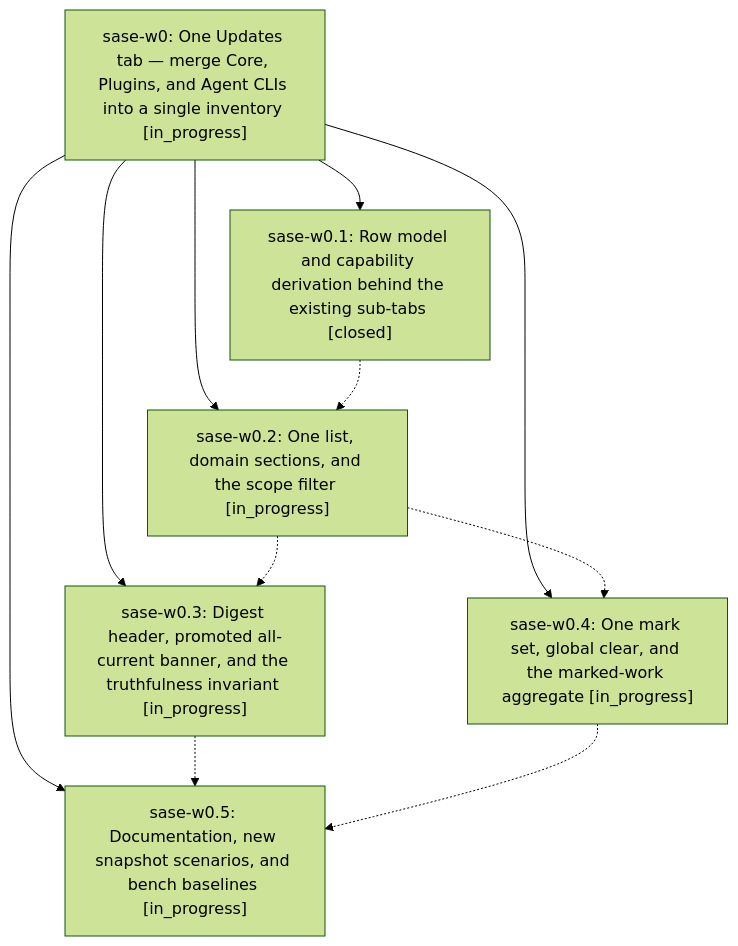
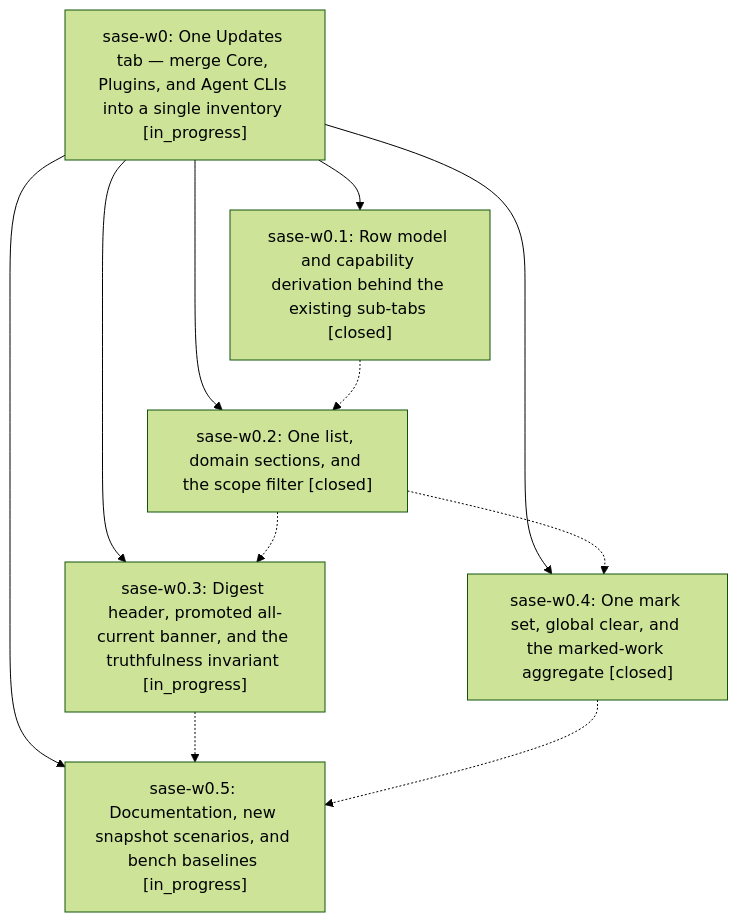
Before and after one commit to sase-org/sase--beads: the diagram in pages/sase-w0/README.md, drawn with Mermaid (forest theme). The commit also changed other lines of this file and 5 other files, not shown here.

````diff
--- a/pages/sase-w0/README.md
+++ b/pages/sase-w0/README.md
@@ -38,19 +38,19 @@
 ```mermaid
 flowchart TD
     n0["sase-w0: One Updates tab — merge Core, Plugins, and Agent CLIs into a single inventory [in_progress]"]
     n1["sase-w0.1: Row model and capability derivation behind the existing sub-tabs [closed]"]
-    n2["sase-w0.2: One list, domain sections, and the scope filter [in_progress]"]
+    n2["sase-w0.2: One list, domain sections, and the scope filter [closed]"]
     n3["sase-w0.3: Digest header, promoted all-current banner, and the truthfulness invariant [in_progress]"]
-    n4["sase-w0.4: One mark set, global clear, and the marked-work aggregate [in_progress]"]
+    n4["sase-w0.4: One mark set, global clear, and the marked-work aggregate [closed]"]
     n5["sase-w0.5: Documentation, new snapshot scenarios, and bench baselines [in_progress]"]
     n0 --> n1
     n0 --> n2
     n0 --> n3
     n0 --> n4
     n0 --> n5
     n1 -.-> n2
     n2 -.-> n3
     n2 -.-> n4
     n3 -.-> n5
     n4 -.-> n5
 ```
````
